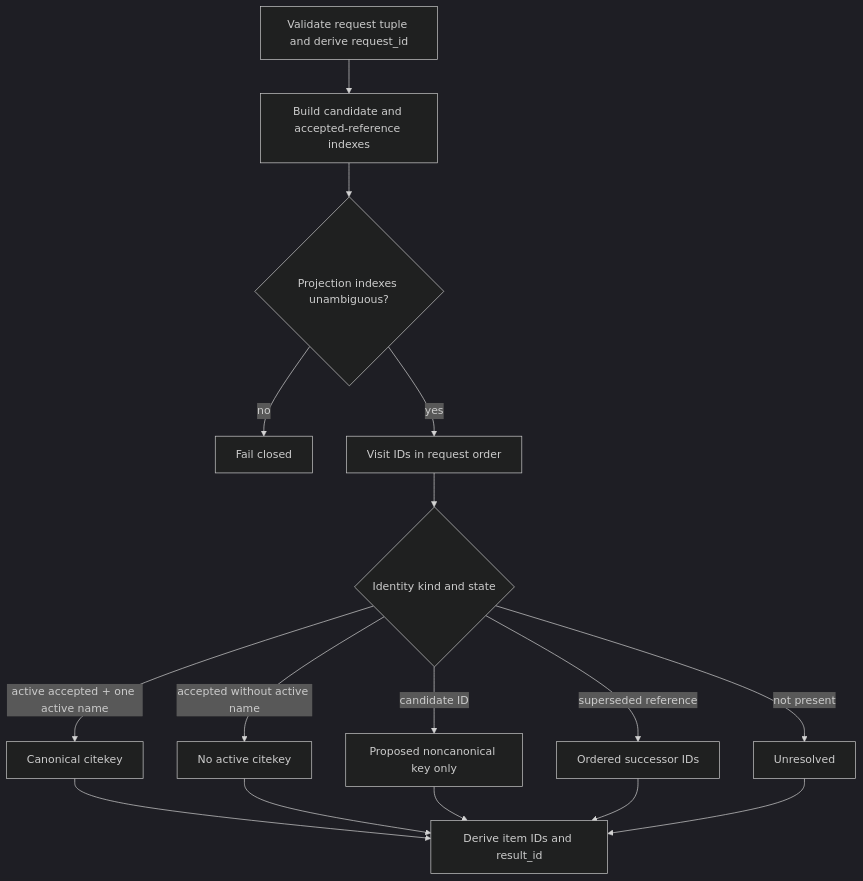
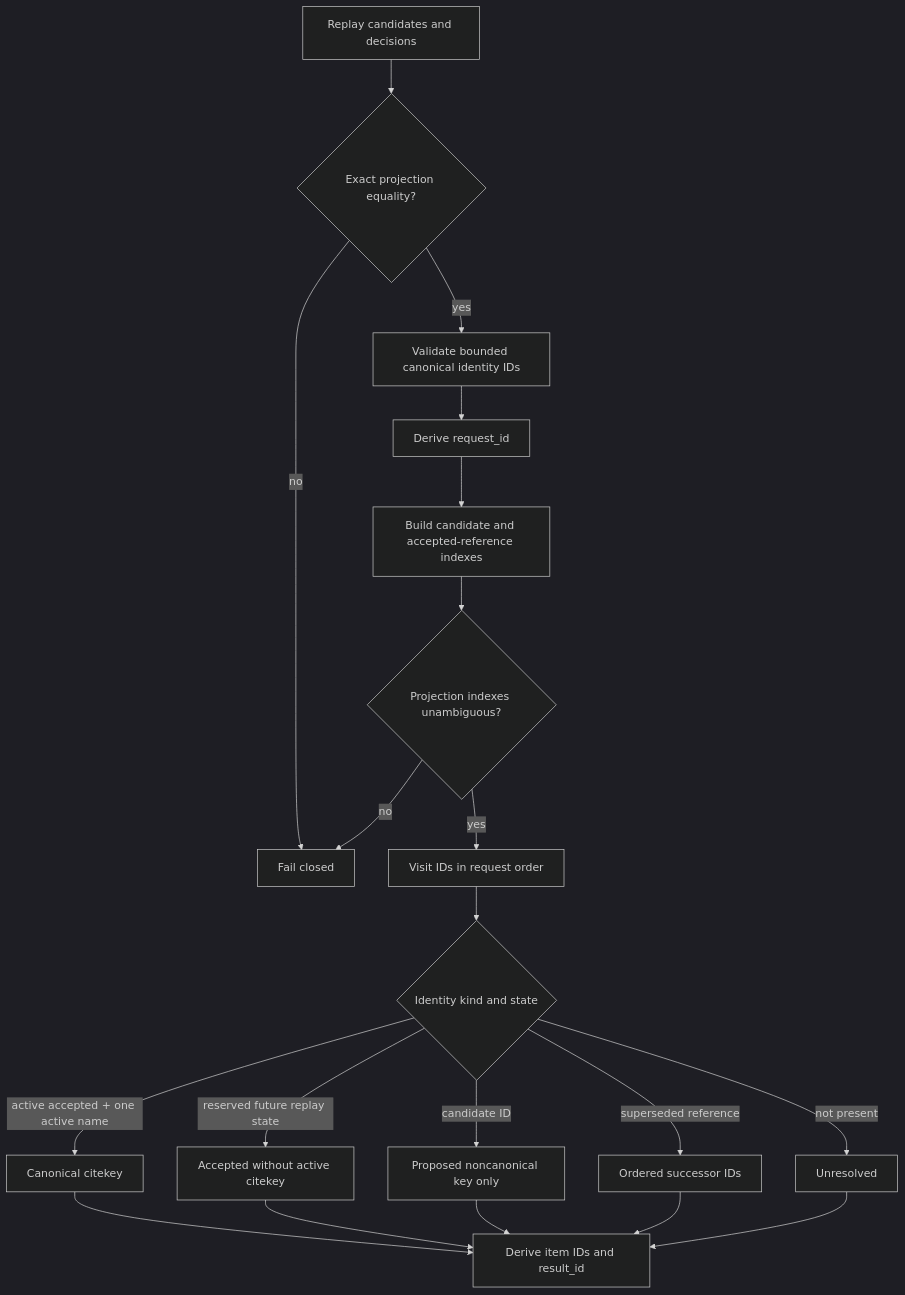
Before and after one commit to eragasa/projectkoios-references: the diagram in docs/architecture/projectkoios/references/citation_identity/implementation.md, drawn with Mermaid (dark theme). The commit also changed other lines of this file and 6 other files, not shown here.

Commit message:
Harden citation identity projection inputs

````diff
--- a/docs/architecture/projectkoios/references/citation_identity/implementation.md
+++ b/docs/architecture/projectkoios/references/citation_identity/implementation.md
@@ -8,18 +9,22 @@
 ```mermaid
 flowchart TD
-    Q[Validate request tuple and derive request_id] --> I[Build candidate and accepted-reference indexes]
+    Q[Replay candidates and decisions] --> E{Exact projection equality?}
+    E -->|no| F[Fail closed]
+    E -->|yes| V[Validate bounded canonical identity IDs]
+    V --> D[Derive request_id]
+    D --> I[Build candidate and accepted-reference indexes]
     I --> A{Projection indexes unambiguous?}
-    A -->|no| F[Fail closed]
+    A -->|no| F
     A -->|yes| L[Visit IDs in request order]
     L --> C{Identity kind and state}
     C -->|active accepted + one active name| K[Canonical citekey]
-    C -->|accepted without active name| N[No active citekey]
+    C -->|reserved future replay state| N[Accepted without active citekey]
     C -->|candidate ID| P[Proposed noncanonical key only]
     C -->|superseded reference| S[Ordered successor IDs]
     C -->|not present| U[Unresolved]
     K --> R[Derive item IDs and result_id]
     N --> R
     P --> R
     S --> R
     U --> R
 ```
````
